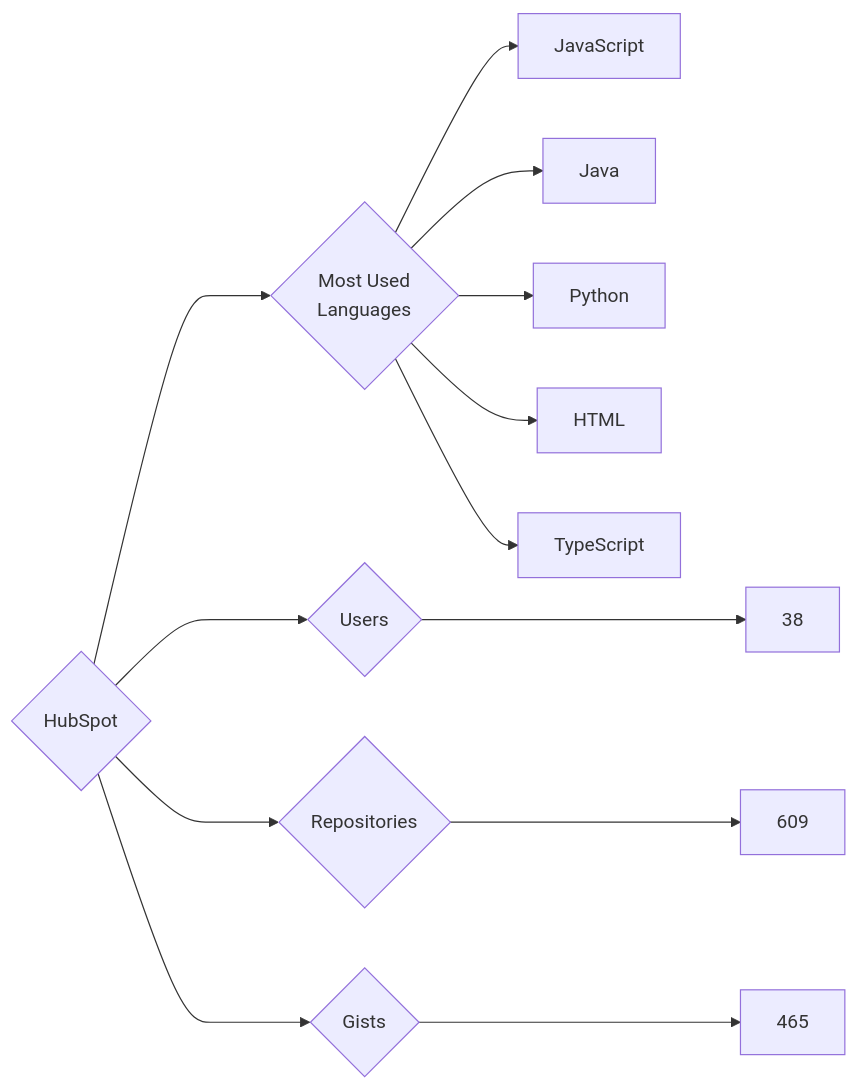
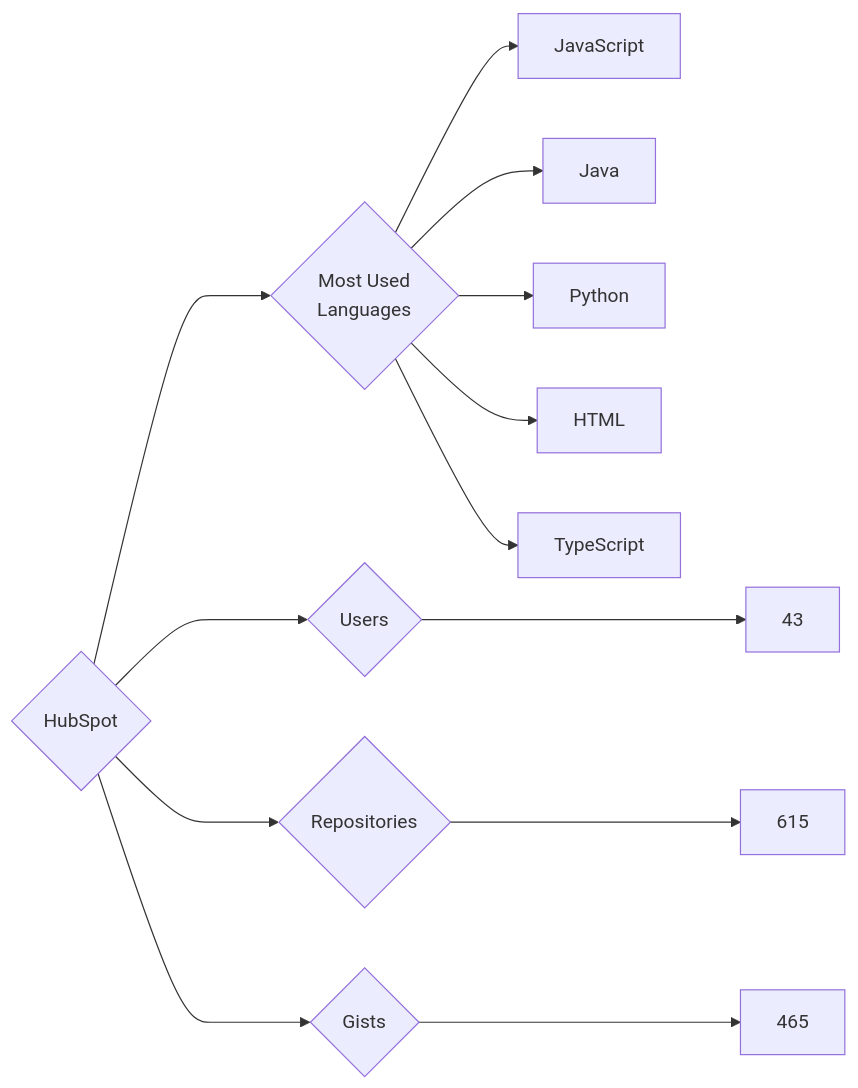
The diagram in targets/HubSpot/README.md (trickest/insiders), drawn with Mermaid before and after one commit. The commit also changed 644 other files, not shown here.

````diff
--- a/targets/HubSpot/README.md
+++ b/targets/HubSpot/README.md
@@ -3,13 +3,13 @@
 ```mermaid
 graph LR
 COMPANY_NAME{HubSpot}
-COMPANY_NAME ---> U{Users} ---> UN[38]
-COMPANY_NAME ---> R{Repositories} ---> RN[609]
+COMPANY_NAME ---> U{Users} ---> UN[43]
+COMPANY_NAME ---> R{Repositories} ---> RN[615]
 COMPANY_NAME ---> G{Gists} ---> GN[465]
 COMPANY_NAME ---> ML{Most Used<br>Languages}
 ML --> JavaScript[JavaScript]
 ML --> Java[Java]
 ML --> Python[Python]
 ML --> HTML[HTML]
 ML --> TypeScript[TypeScript]
 ```
````
